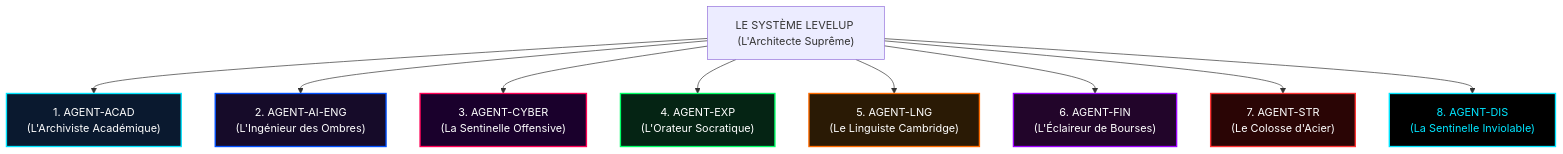
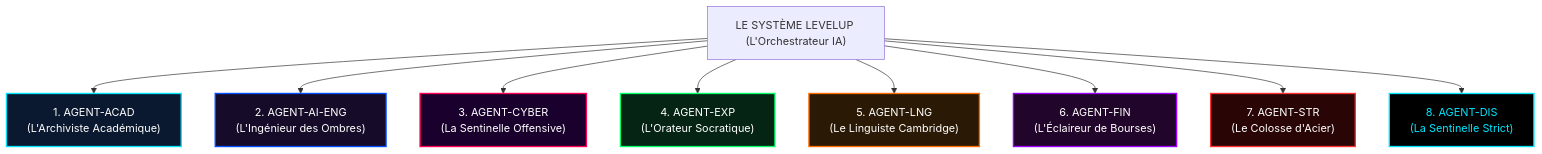
One commit to GeovanioH/LevelUp changed the first of 2 diagrams in AGENTS.md. Above: the diagram before and after it, drawn with Mermaid. The commit also changed other lines of this file and 12 other files, not shown here.

````diff
--- a/AGENTS.md
+++ b/AGENTS.md
@@ -67,31 +55,31 @@
 ```mermaid
 graph TB
     classDef acad fill:#0A192F,stroke:#00E5FF,stroke-width:2px,color:#FFFFFF;
     classDef ai fill:#160B29,stroke:#0051FF,stroke-width:2px,color:#FFFFFF;
     classDef cyber fill:#1A002C,stroke:#FF0055,stroke-width:2px,color:#FFFFFF;
     classDef exp fill:#052414,stroke:#00FF66,stroke-width:2px,color:#FFFFFF;
     classDef lng fill:#2A1A05,stroke:#FF6B00,stroke-width:2px,color:#FFFFFF;
     classDef fin fill:#22052A,stroke:#9D00FF,stroke-width:2px,color:#FFFFFF;
     classDef str fill:#2A0505,stroke:#FF3333,stroke-width:2px,color:#FFFFFF;
     classDef dis fill:#000000,stroke:#00E5FF,stroke-width:2px,color:#00E5FF;
 
-    SYSTEM["LE SYSTÈME LEVELUP (L'Architecte Suprême)"]
+    SYSTEM["LE SYSTÈME LEVELUP (L'Orchestrateur IA)"]
 
     A_ACAD["1. AGENT-ACAD<br/>(L'Archiviste Académique)"]:::acad
     A_AI["2. AGENT-AI-ENG<br/>(L'Ingénieur des Ombres)"]:::ai
     A_CYBER["3. AGENT-CYBER<br/>(La Sentinelle Offensive)"]:::cyber
     A_EXP["4. AGENT-EXP<br/>(L'Orateur Socratique)"]:::exp
     A_LNG["5. AGENT-LNG<br/>(Le Linguiste Cambridge)"]:::lng
     A_FIN["6. AGENT-FIN<br/>(L'Éclaireur de Bourses)"]:::fin
     A_STR["7. AGENT-STR<br/>(Le Colosse d'Acier)"]:::str
-    A_DIS["8. AGENT-DIS<br/>(La Sentinelle Inviolable)"]:::dis
+    A_DIS["8. AGENT-DIS<br/>(La Sentinelle Strict)"]:::dis
 
     SYSTEM --> A_ACAD
     SYSTEM --> A_AI
     SYSTEM --> A_CYBER
     SYSTEM --> A_EXP
     SYSTEM --> A_LNG
     SYSTEM --> A_FIN
     SYSTEM --> A_STR
     SYSTEM --> A_DIS
 ```
````
